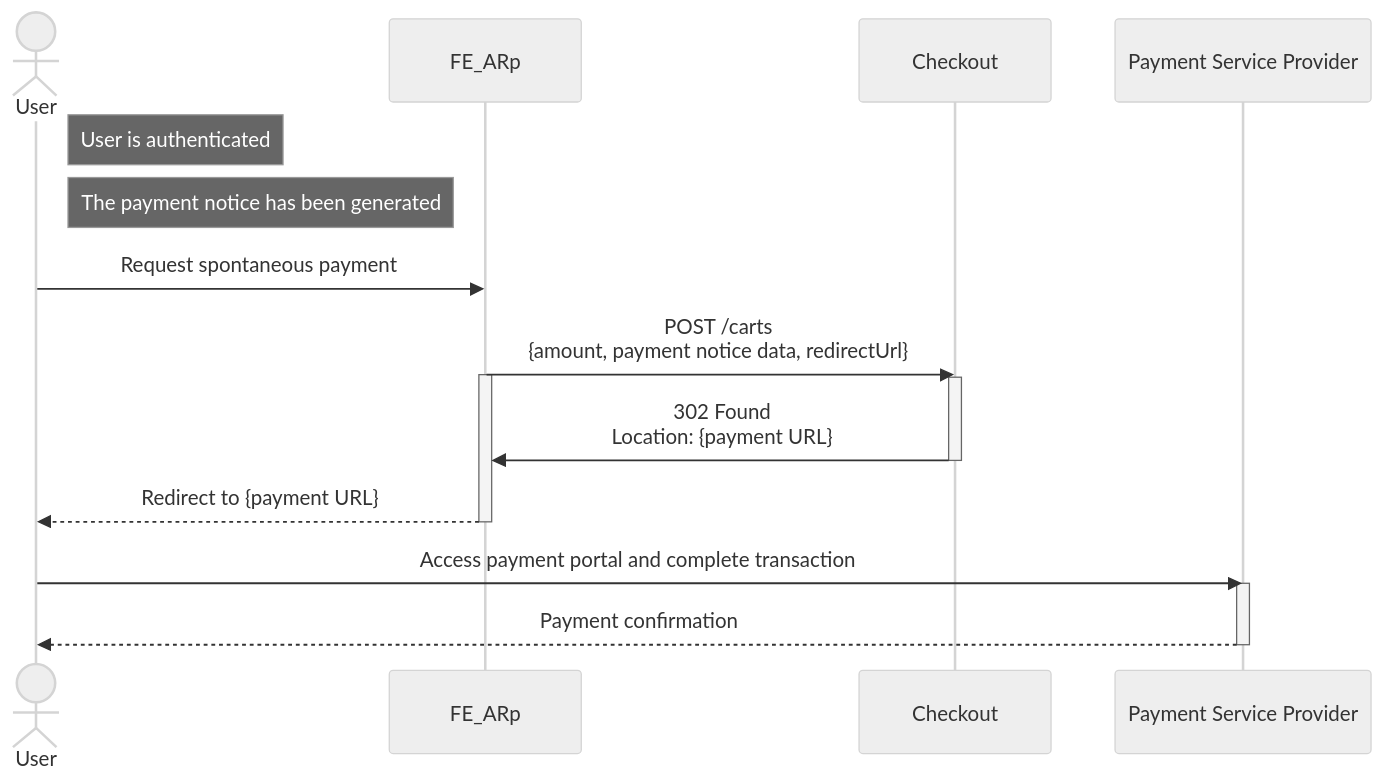
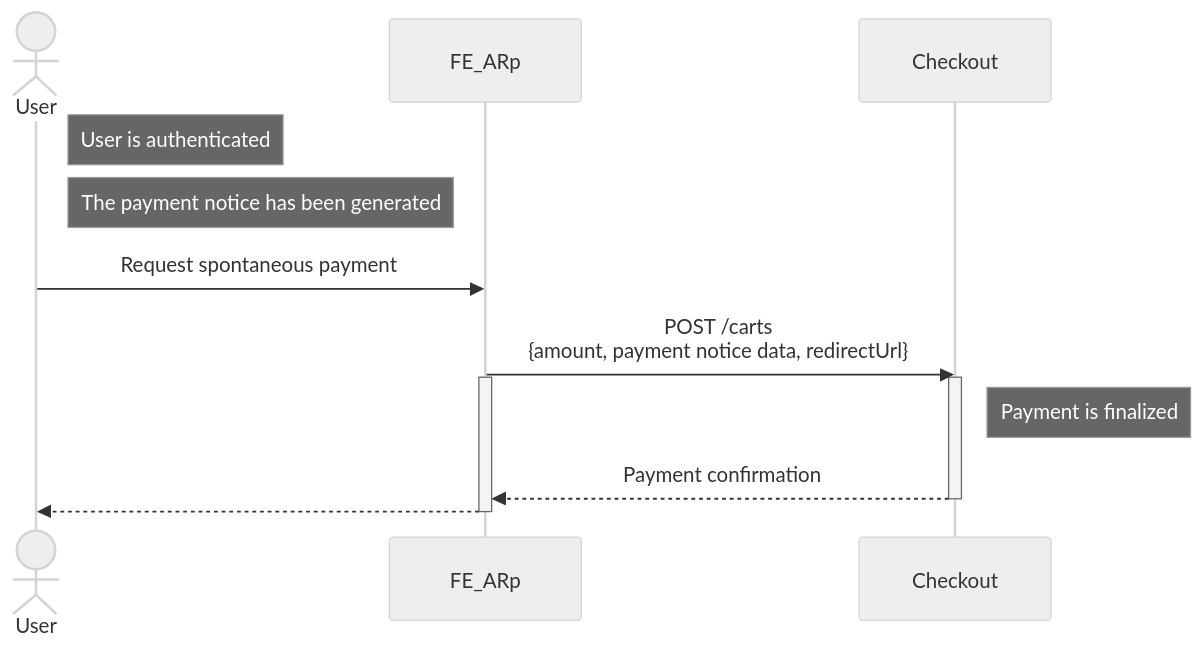
Before and after one commit to pagopa/arc-doc: the diagram in design/arc/spontaneous/sequence_diagram_payment_with_checkout.mmd, drawn with Mermaid (neutral theme).

Commit message:
P4PU-820 updated sequence diagram of payment with checkout

```diff
--- a/design/arc/spontaneous/sequence_diagram_payment_with_checkout.mmd
+++ b/design/arc/spontaneous/sequence_diagram_payment_with_checkout.mmd
@@ -1,22 +1,19 @@
 sequenceDiagram
 
     actor User
     participant FE_ARp
     participant Checkout
-    participant PSP as Payment Service Provider
 
     note right of User: User is authenticated
     note right of User: The payment notice has been generated
 
     User ->> FE_ARp : Request spontaneous payment
     FE_ARp ->> Checkout : POST /carts <br> {amount, payment notice data, redirectUrl}
+
     activate FE_ARp
         activate Checkout
-            Checkout ->> FE_ARp : 302 Found <br> Location: {payment URL}
+        note right of Checkout: Payment is finalized
+            Checkout -->> FE_ARp : Payment confirmation
         deactivate Checkout
-        FE_ARp -->> User : Redirect to {payment URL}
+        FE_ARp -->> User : #
     deactivate FE_ARp
-    User ->> PSP : Access payment portal and complete transaction
-    activate PSP
-        PSP -->> User : Payment confirmation
-    deactivate PSP
```
